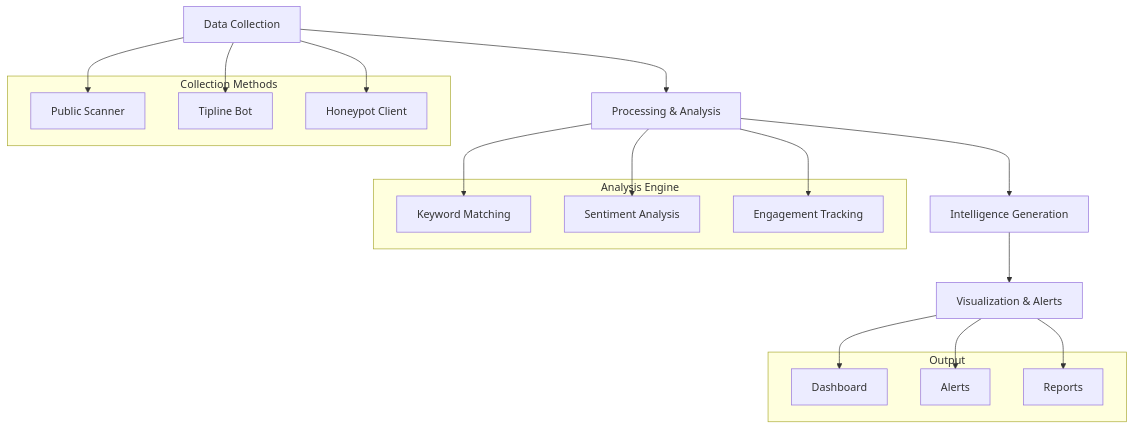
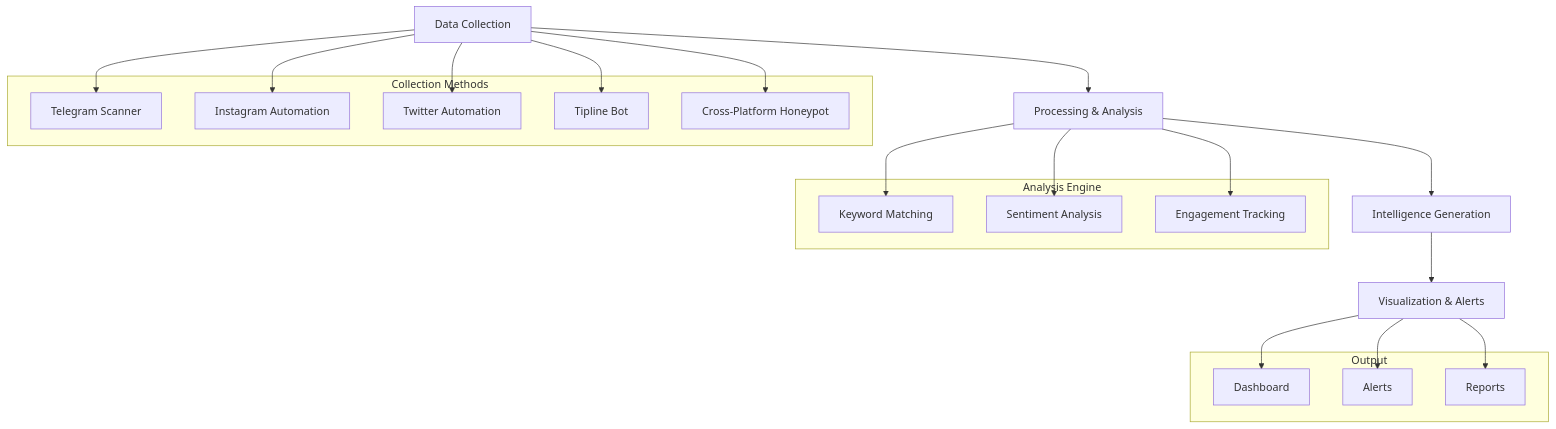
The diagram in docs/index.md (Divesh-Kshirsagar/Anti-India-Campaigns-Detector), drawn with Mermaid before and after one commit. The commit also changed other lines of this file and 7 other files, not shown here.

````diff
--- a/docs/index.md
+++ b/docs/index.md
@@ -24,36 +25,40 @@
 ```mermaid
 graph TB
     A[Data Collection] --> B[Processing & Analysis]
     B --> C[Intelligence Generation]
     C --> D[Visualization & Alerts]
     
     subgraph "Collection Methods"
-        A1[Public Scanner]
-        A2[Tipline Bot]
-        A3[Honeypot Client]
+        A1[Telegram Scanner]
+        A2[Instagram Automation]
+        A3[Twitter Automation]
+        A4[Tipline Bot]
+        A5[Cross-Platform Honeypot]
     end
     
     subgraph "Analysis Engine"
         B1[Keyword Matching]
         B2[Sentiment Analysis]
         B3[Engagement Tracking]
     end
     
     subgraph "Output"
         D1[Dashboard]
         D2[Alerts]
         D3[Reports]
     end
     
     A --> A1
     A --> A2
     A --> A3
+    A --> A4
+    A --> A5
     
     B --> B1
     B --> B2
     B --> B3
     
     D --> D1
     D --> D2
     D --> D3
 ```
````
